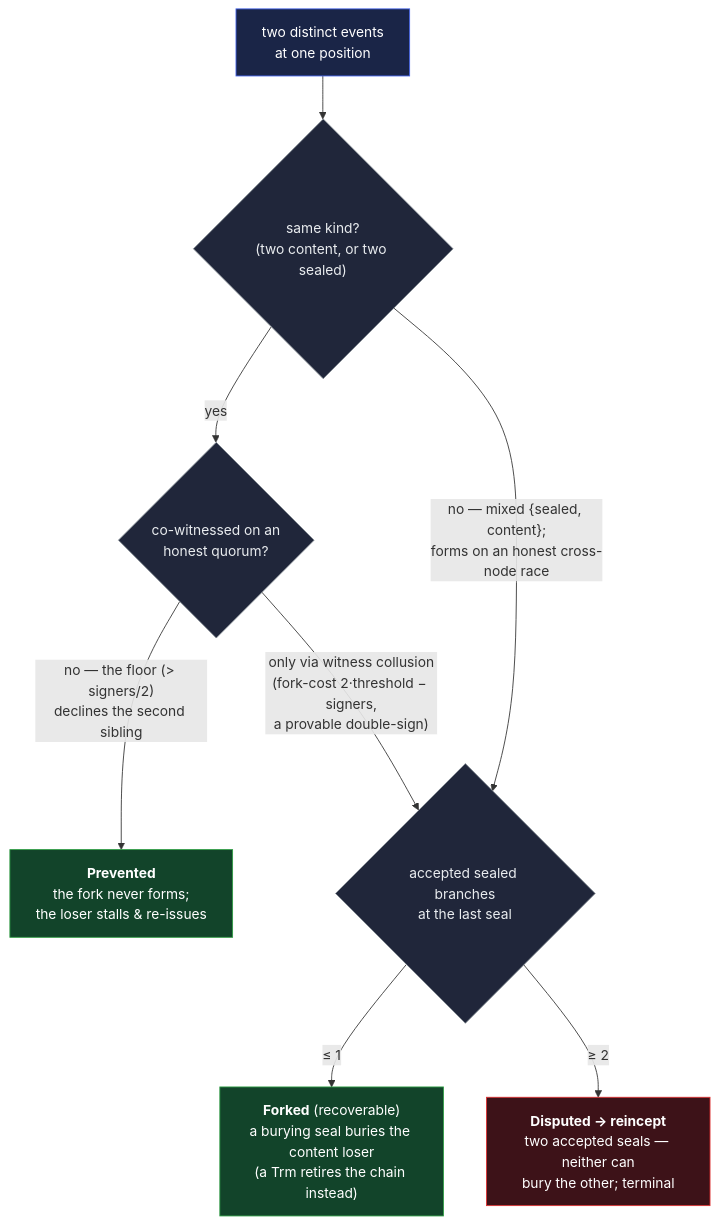
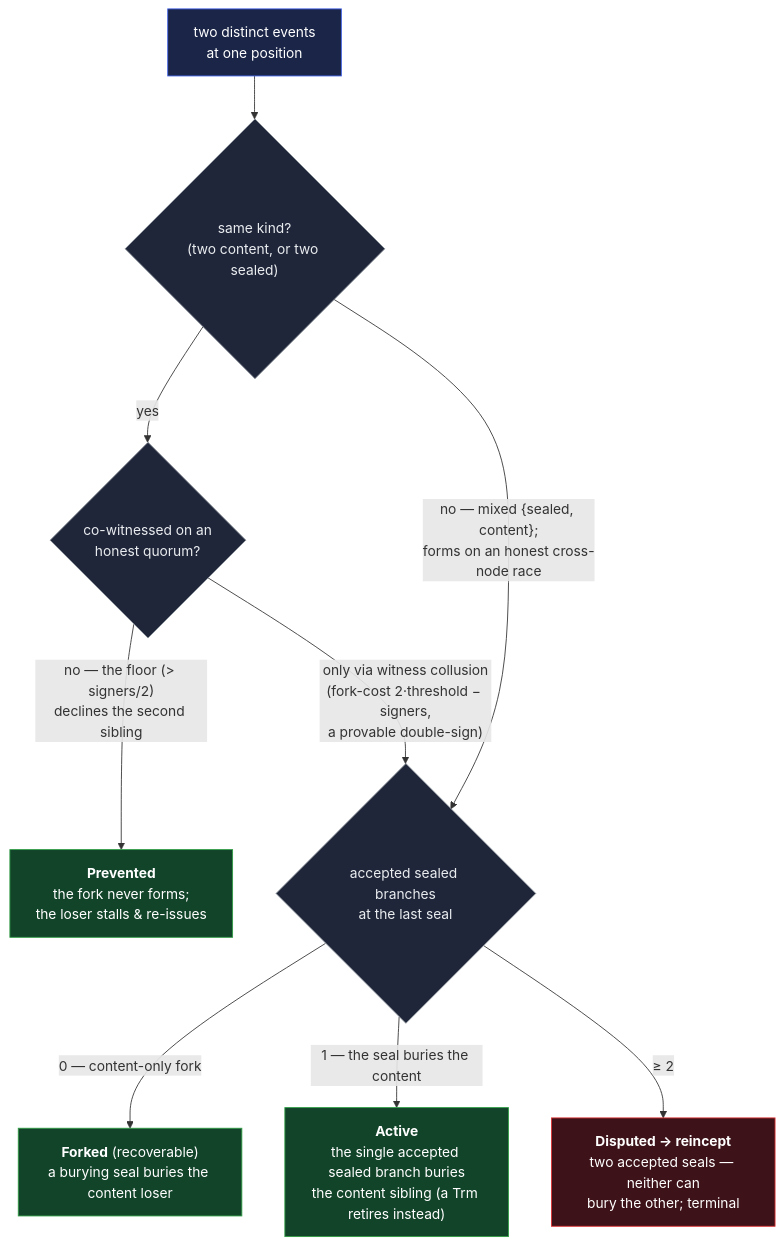
Before and after one commit to jasoncolburne/vdti: the diagram in docs/design/system-thesis.md, drawn with Mermaid. The commit also changed 21 other files, not shown here.

````diff
--- a/docs/design/system-thesis.md
+++ b/docs/design/system-thesis.md
@@ -69,15 +69,16 @@
 ```mermaid
 flowchart TD
   A["two distinct events<br/>at one position"]:::start
   A --> K{"same kind?<br/>(two content, or two sealed)"}:::q
   K -->|"yes"| HQ{"co-witnessed on an<br/>honest quorum?"}:::q
   HQ -->|"no — the floor (&gt; signers/2)<br/>declines the second sibling"| P["<b>Prevented</b><br/>the fork never forms;<br/>the loser stalls &amp; re-issues"]:::good
   HQ -->|"only via witness collusion<br/>(fork-cost 2·threshold − signers,<br/>a provable double-sign)"| N{"accepted sealed branches<br/>at the last seal"}:::q
   K -->|"no — mixed {sealed, content};<br/>forms on an honest cross-node race"| N
-  N -->|"≤ 1"| F["<b>Forked</b> (recoverable)<br/>a burying seal buries the content loser<br/>(a Trm retires the chain instead)"]:::good
+  N -->|"0 — content-only fork"| F["<b>Forked</b> (recoverable)<br/>a burying seal buries the content loser"]:::good
+  N -->|"1 — the seal buries the content"| AC["<b>Active</b><br/>the single accepted sealed branch buries<br/>the content sibling (a Trm retires instead)"]:::good
   N -->|"≥ 2"| X["<b>Disputed → reincept</b><br/>two accepted seals — neither can<br/>bury the other; terminal"]:::bad
   classDef start fill:#1a2547,stroke:#4263eb,color:#fff
   classDef q fill:#20263a,stroke:#868e96,color:#e9ecef
   classDef good fill:#12442a,stroke:#2f9e44,color:#fff
   classDef bad fill:#3d1218,stroke:#e03131,color:#fff
 ```
````
